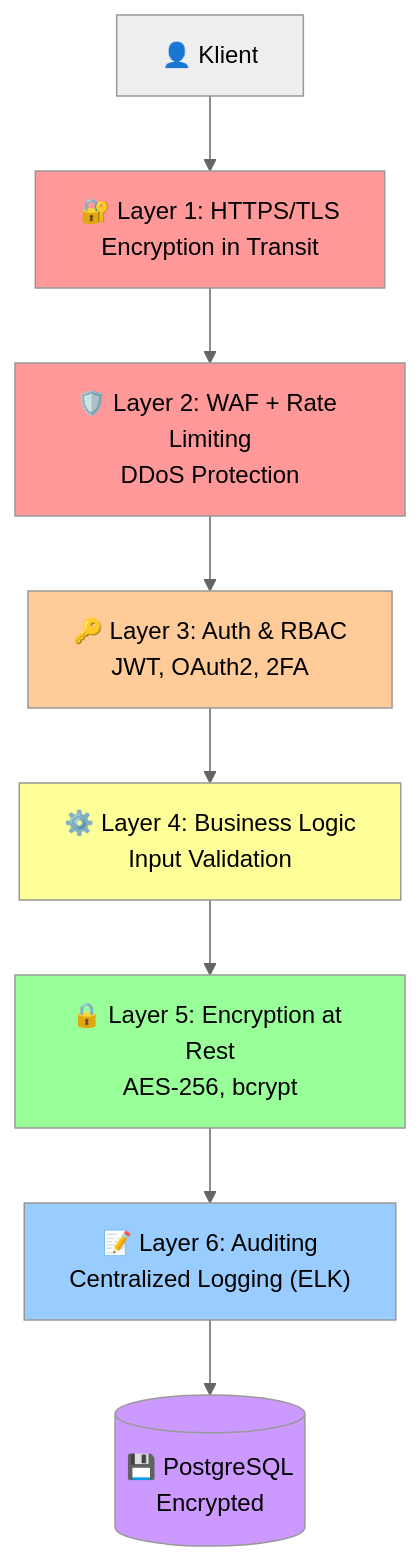
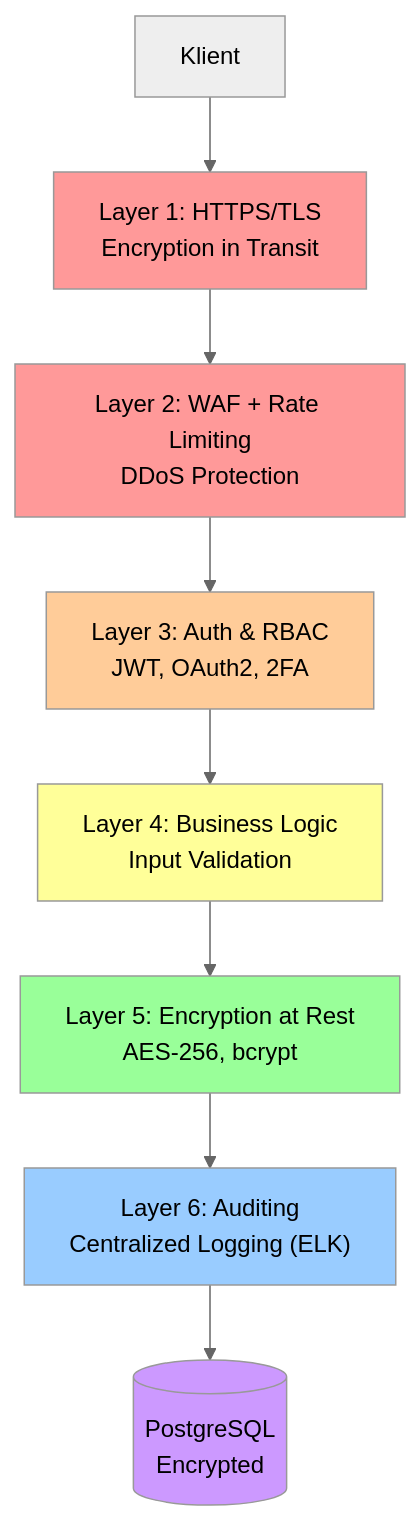
Before and after one commit to Jolanta27/Jolanta27: the eighth of 10 diagrams in projekt-magazyn/diagramy_mermaid.md, drawn with Mermaid (neutral theme). The commit also changed other lines of this file, not shown here.

Commit message:
Remove all icons/emojis from Mermaid diagrams

````diff
--- a/projekt-magazyn/diagramy_mermaid.md
+++ b/projekt-magazyn/diagramy_mermaid.md
@@ -323,29 +323,29 @@
 ```mermaid
 graph TB
-    CLIENT["👤 Klient"]
+    CLIENT["Klient"]
     
-    L1["🔐 Layer 1: HTTPS/TLS<br/>Encryption in Transit"]
-    L2["🛡️ Layer 2: WAF + Rate Limiting<br/>DDoS Protection"]
-    L3["🔑 Layer 3: Auth & RBAC<br/>JWT, OAuth2, 2FA"]
-    L4["⚙️ Layer 4: Business Logic<br/>Input Validation"]
-    L5["🔒 Layer 5: Encryption at Rest<br/>AES-256, bcrypt"]
-    L6["📝 Layer 6: Auditing<br/>Centralized Logging (ELK)"]
+    L1["Layer 1: HTTPS/TLS<br/>Encryption in Transit"]
+    L2["Layer 2: WAF + Rate Limiting<br/>DDoS Protection"]
+    L3["Layer 3: Auth & RBAC<br/>JWT, OAuth2, 2FA"]
+    L4["Layer 4: Business Logic<br/>Input Validation"]
+    L5["Layer 5: Encryption at Rest<br/>AES-256, bcrypt"]
+    L6["Layer 6: Auditing<br/>Centralized Logging (ELK)"]
     
-    DB[("💾 PostgreSQL<br/>Encrypted")]
+    DB[("PostgreSQL<br/>Encrypted")]
     
     CLIENT --> L1
     L1 --> L2
     L2 --> L3
     L3 --> L4
     L4 --> L5
     L5 --> L6
     L6 --> DB
     
     style L1 fill:#ff9999
     style L2 fill:#ff9999
     style L3 fill:#ffcc99
     style L4 fill:#ffff99
     style L5 fill:#99ff99
     style L6 fill:#99ccff
     style DB fill:#cc99ff
 ```
````
